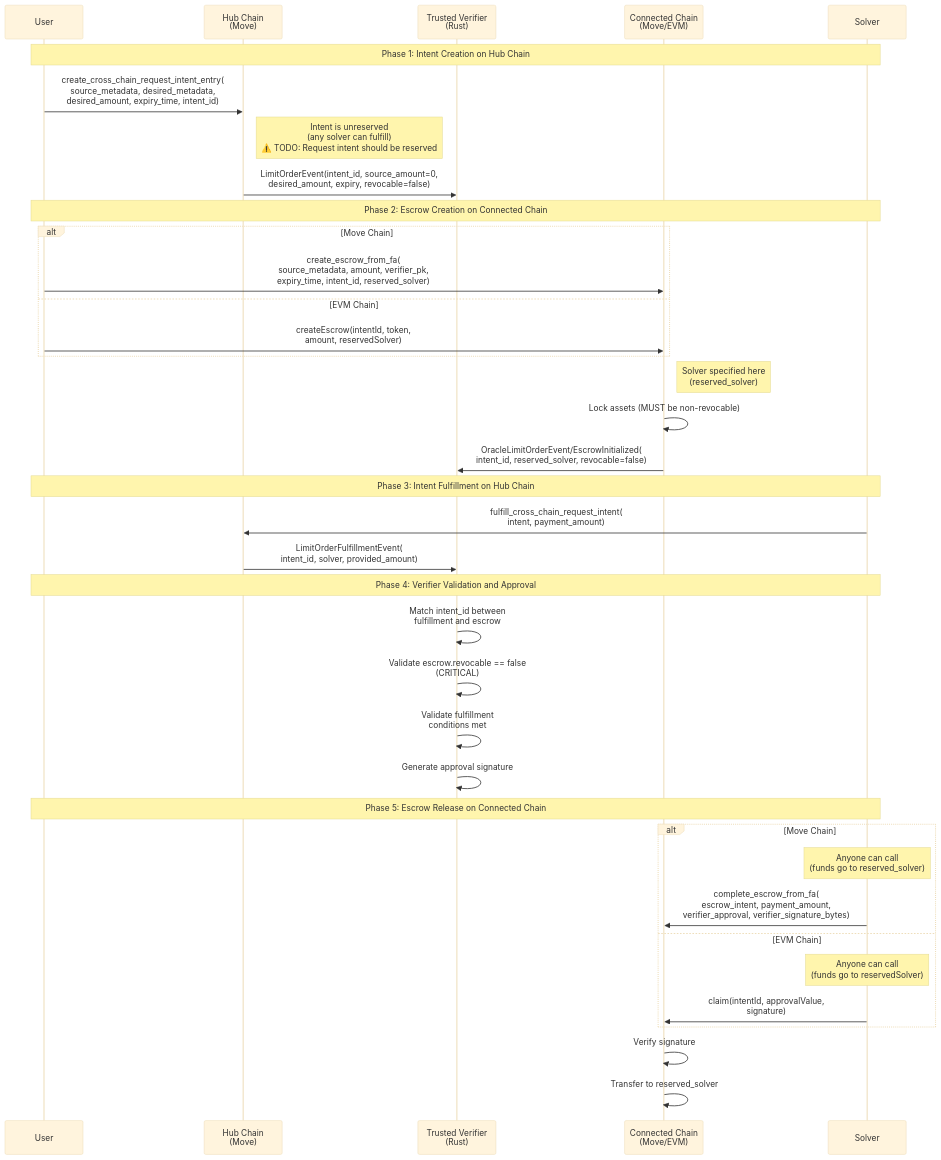
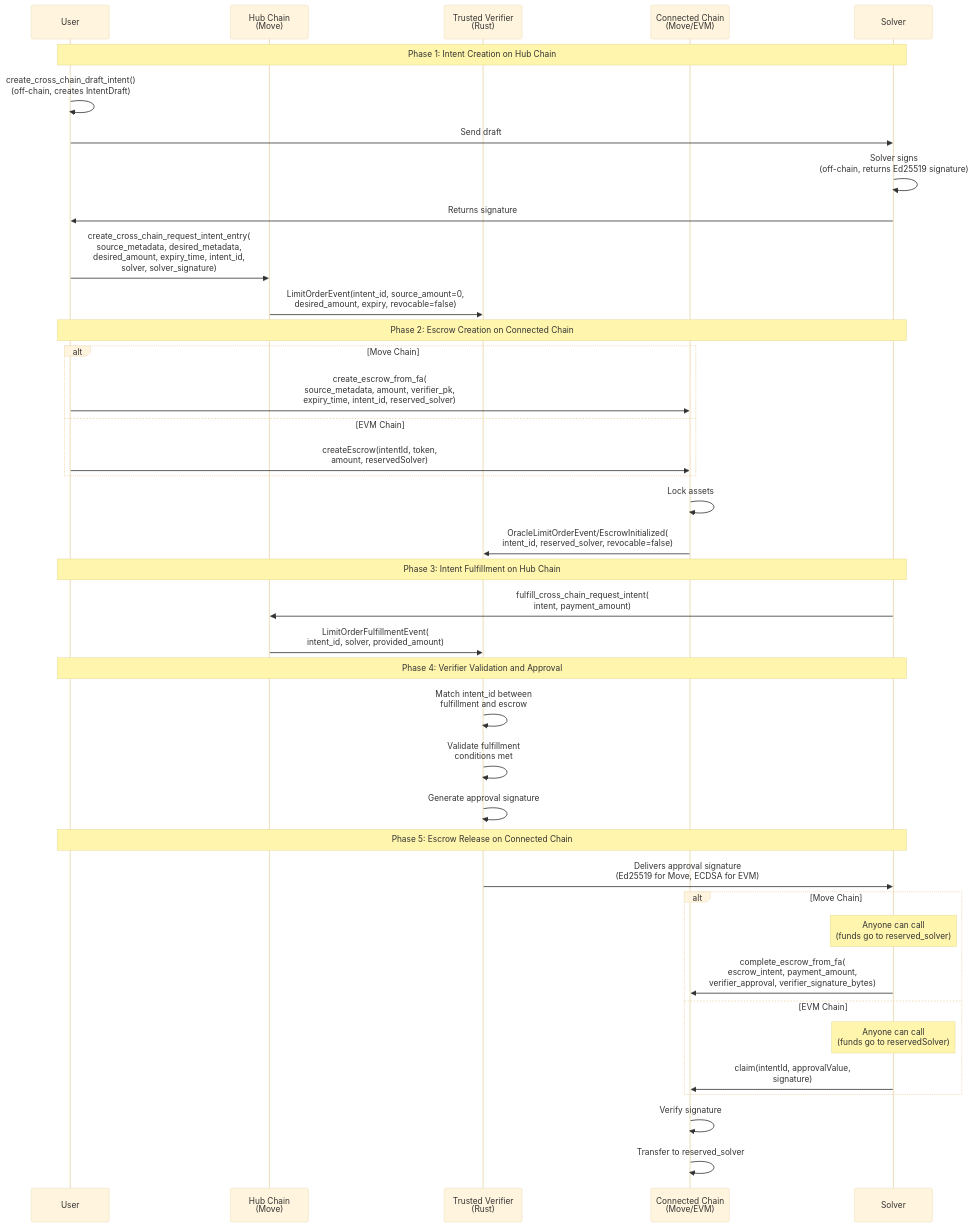
One commit to movementlabsxyz/intent-framework changed the first of 2 diagrams in docs/protocol.md. Above: the diagram before and after it, drawn with Mermaid (base theme). The commit also changed other lines of this file and 14 other files, not shown here.

First line of the commit message:
feat: make cross-chain request intents reserved

````diff
--- a/docs/protocol.md
+++ b/docs/protocol.md
@@ -29,44 +29,46 @@
 ```mermaid
 sequenceDiagram
     participant User
     participant Hub as Hub Chain<br/>(Move)
     participant Verifier as Trusted Verifier<br/>(Rust)
     participant Connected as Connected Chain<br/>(Move/EVM)
     participant Solver
 
     Note over User,Solver: Phase 1: Intent Creation on Hub Chain
-    User->>Hub: create_cross_chain_request_intent_entry(<br/>source_metadata, desired_metadata,<br/>desired_amount, expiry_time, intent_id)
-    Note right of Hub: Intent is unreserved<br/>(any solver can fulfill)<br/>⚠️ TODO: Request intent should be reserved
+    User->>User: create_cross_chain_draft_intent()<br/>(off-chain, creates IntentDraft)
+    User->>Solver: Send draft
+    Solver->>Solver: Solver signs<br/>(off-chain, returns Ed25519 signature)
+    Solver->>User: Returns signature
+    User->>Hub: create_cross_chain_request_intent_entry(<br/>source_metadata, desired_metadata,<br/>desired_amount, expiry_time, intent_id,<br/>solver, solver_signature)
     Hub->>Verifier: LimitOrderEvent(intent_id, source_amount=0,<br/>desired_amount, expiry, revocable=false)
 
     Note over User,Solver: Phase 2: Escrow Creation on Connected Chain
     alt Move Chain
         User->>Connected: create_escrow_from_fa(<br/>source_metadata, amount, verifier_pk,<br/>expiry_time, intent_id, reserved_solver)
     else EVM Chain
         User->>Connected: createEscrow(intentId, token,<br/>amount, reservedSolver)
     end
-    Note right of Connected: Solver specified here<br/>(reserved_solver)
-    Connected->>Connected: Lock assets (MUST be non-revocable)
+    Connected->>Connected: Lock assets
     Connected->>Verifier: OracleLimitOrderEvent/EscrowInitialized(<br/>intent_id, reserved_solver, revocable=false)
 
     Note over User,Solver: Phase 3: Intent Fulfillment on Hub Chain
     Solver->>Hub: fulfill_cross_chain_request_intent(<br/>intent, payment_amount)
     Hub->>Verifier: LimitOrderFulfillmentEvent(<br/>intent_id, solver, provided_amount)
 
     Note over User,Solver: Phase 4: Verifier Validation and Approval
     Verifier->>Verifier: Match intent_id between<br/>fulfillment and escrow
-    Verifier->>Verifier: Validate escrow.revocable == false<br/>(CRITICAL)
     Verifier->>Verifier: Validate fulfillment<br/>conditions met
     Verifier->>Verifier: Generate approval signature
 
     Note over User,Solver: Phase 5: Escrow Release on Connected Chain
+    Verifier->>Solver: Delivers approval signature<br/>(Ed25519 for Move, ECDSA for EVM)
     alt Move Chain
         Note over Solver: Anyone can call<br/>(funds go to reserved_solver)
         Solver->>Connected: complete_escrow_from_fa(<br/>escrow_intent, payment_amount,<br/>verifier_approval, verifier_signature_bytes)
     else EVM Chain
         Note over Solver: Anyone can call<br/>(funds go to reservedSolver)
         Solver->>Connected: claim(intentId, approvalValue,<br/>signature)
     end
     Connected->>Connected: Verify signature
     Connected->>Connected: Transfer to reserved_solver
 ```
````
